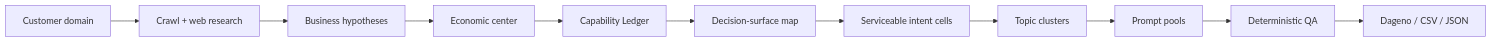
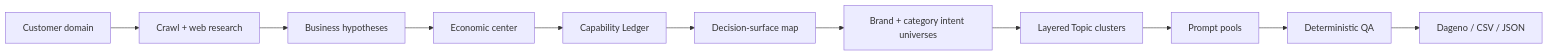
Before and after one commit to dageno-agents/dageno-online-topic-prompt-generator: the diagram in README.md, drawn with Mermaid. The commit also changed other lines of this file and 3 other files, not shown here.

````diff
--- a/README.md
+++ b/README.md
@@ -51,13 +52,13 @@
 ```mermaid
 flowchart LR
   A["Customer domain"] --> B["Crawl + web research"]
   B --> C["Business hypotheses"]
   C --> D["Economic center"]
   D --> E["Capability Ledger"]
   E --> F["Decision-surface map"]
-  F --> G["Serviceable intent cells"]
-  G --> H["Topic clusters"]
+  F --> G["Brand + category intent universes"]
+  G --> H["Layered Topic clusters"]
   H --> I["Prompt pools"]
   I --> J["Deterministic QA"]
   J --> K["Dageno / CSV / JSON"]
 ```
````
